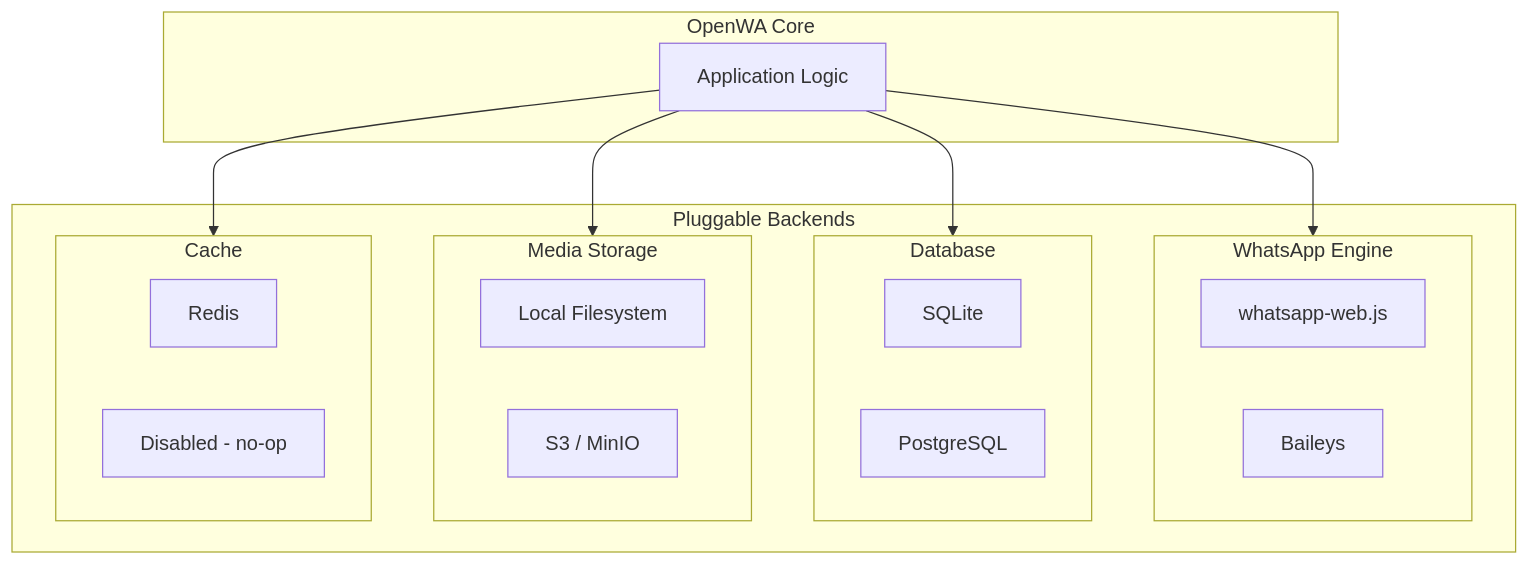
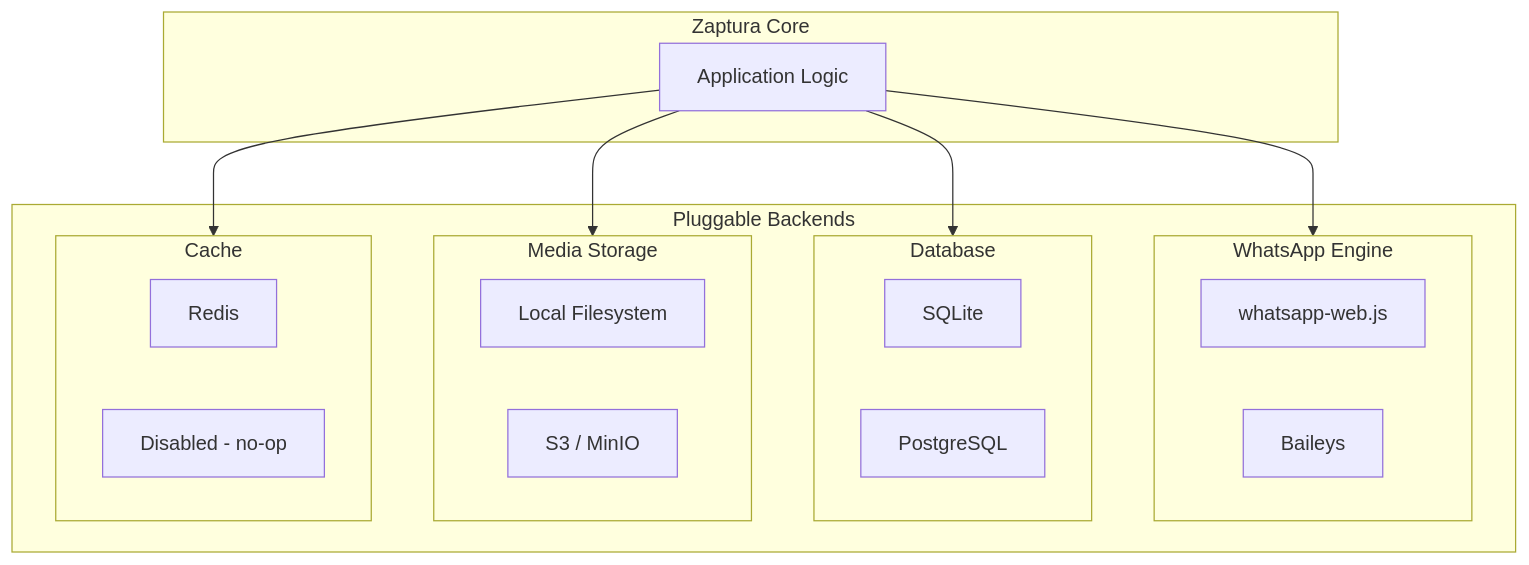
Diagram 23 of 24 in docs/03-system-architecture.md (AsmSafone/Whatsapp-SaaS), drawn with Mermaid before and after one commit. The commit also changed other lines of this file and 940 other files, not shown here.

````diff
--- a/docs/03-system-architecture.md
+++ b/docs/03-system-architecture.md
@@ -1241,33 +1241,33 @@
 ```mermaid
 flowchart TB
-    subgraph Core["OpenWA Core"]
+    subgraph Core["Zaptura Core"]
         APP[Application Logic]
     end
 
     subgraph Adapters["Pluggable Backends"]
         subgraph Engine["WhatsApp Engine"]
             E1[whatsapp-web.js]
             E2[Baileys]
         end
 
         subgraph Database["Database"]
             D1[SQLite]
             D2[PostgreSQL]
         end
 
         subgraph Storage["Media Storage"]
             S1[Local Filesystem]
             S2[S3 / MinIO]
         end
 
         subgraph Cache["Cache"]
             C1[Redis]
             C2[Disabled - no-op]
         end
     end
 
     APP --> Engine
     APP --> Database
     APP --> Storage
     APP --> Cache
 ```
````
